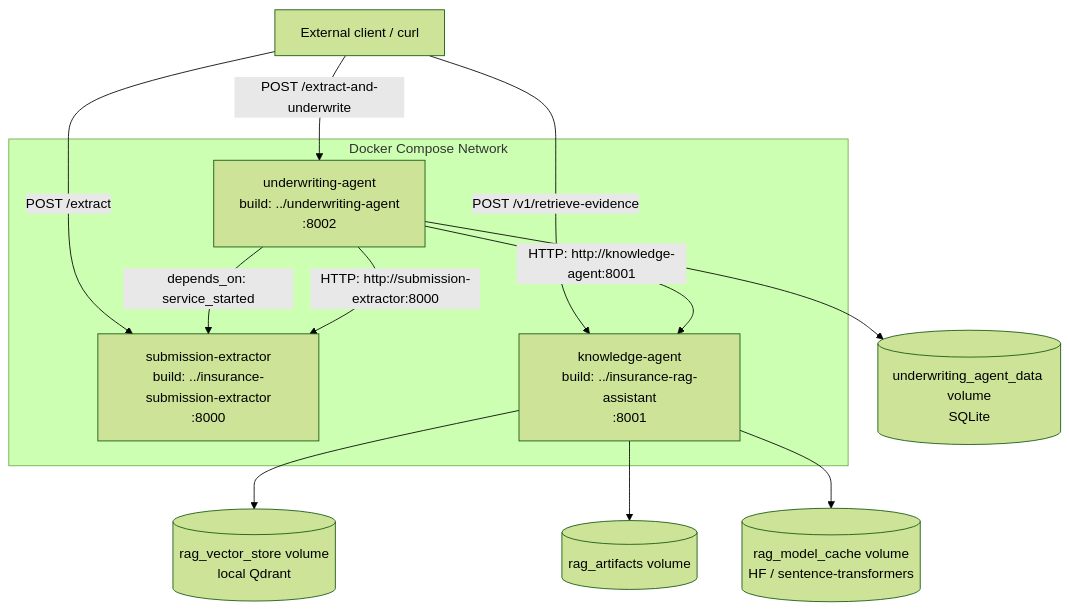
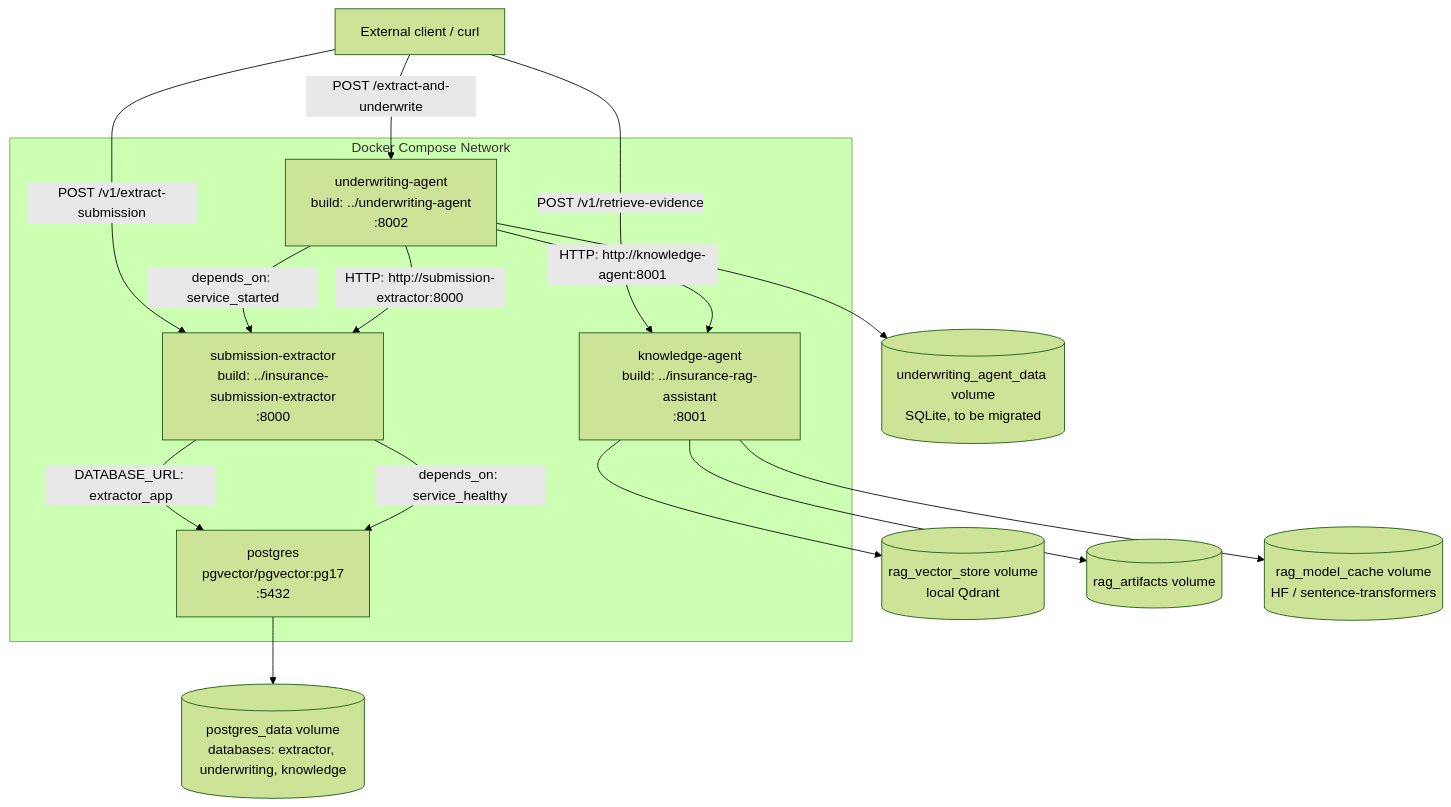
One commit to Kwame-K/insurance-agentic-platform changed the first of 3 diagrams in system-architecture_updated.md. Above: the diagram before and after it, drawn with Mermaid (forest theme). The commit also changed other lines of this file, not shown here.

Commit message:
docs(platform): document PostgreSQL in architecture

````diff
--- a/system-architecture_updated.md
+++ b/system-architecture_updated.md
@@ -21,21 +25,26 @@
 ```mermaid
 flowchart TD
     subgraph DockerNetwork [Docker Compose Network]
+        P[postgres<br/>pgvector/pgvector:pg17<br/>:5432]
         A[submission-extractor<br/>build: ../insurance-submission-extractor<br/>:8000]
         B[knowledge-agent<br/>build: ../insurance-rag-assistant<br/>:8001]
         C[underwriting-agent<br/>build: ../underwriting-agent<br/>:8002]
     end
 
     Client[External client / curl] -->|POST /extract-and-underwrite| C
     Client -->|POST /v1/retrieve-evidence| B
-    Client -->|POST /extract| A
+    Client -->|POST /v1/extract-submission| A
 
     C -->|depends_on: service_started| A
     C -->|HTTP: http://submission-extractor:8000| A
     C -->|HTTP: http://knowledge-agent:8001| B
 
     B --> D[(rag_vector_store volume<br/>local Qdrant)]
     B --> E[(rag_artifacts volume)]
     B --> F[(rag_model_cache volume<br/>HF / sentence-transformers)]
-    C --> G[(underwriting_agent_data volume<br/>SQLite)]
+    C --> G[(underwriting_agent_data volume<br/>SQLite, to be migrated)]
+
+    A -->|DATABASE_URL: extractor_app| P
+    P --> H[(postgres_data volume<br/>databases: extractor, underwriting, knowledge)]
+    A -->|depends_on: service_healthy| P
 ```
````
